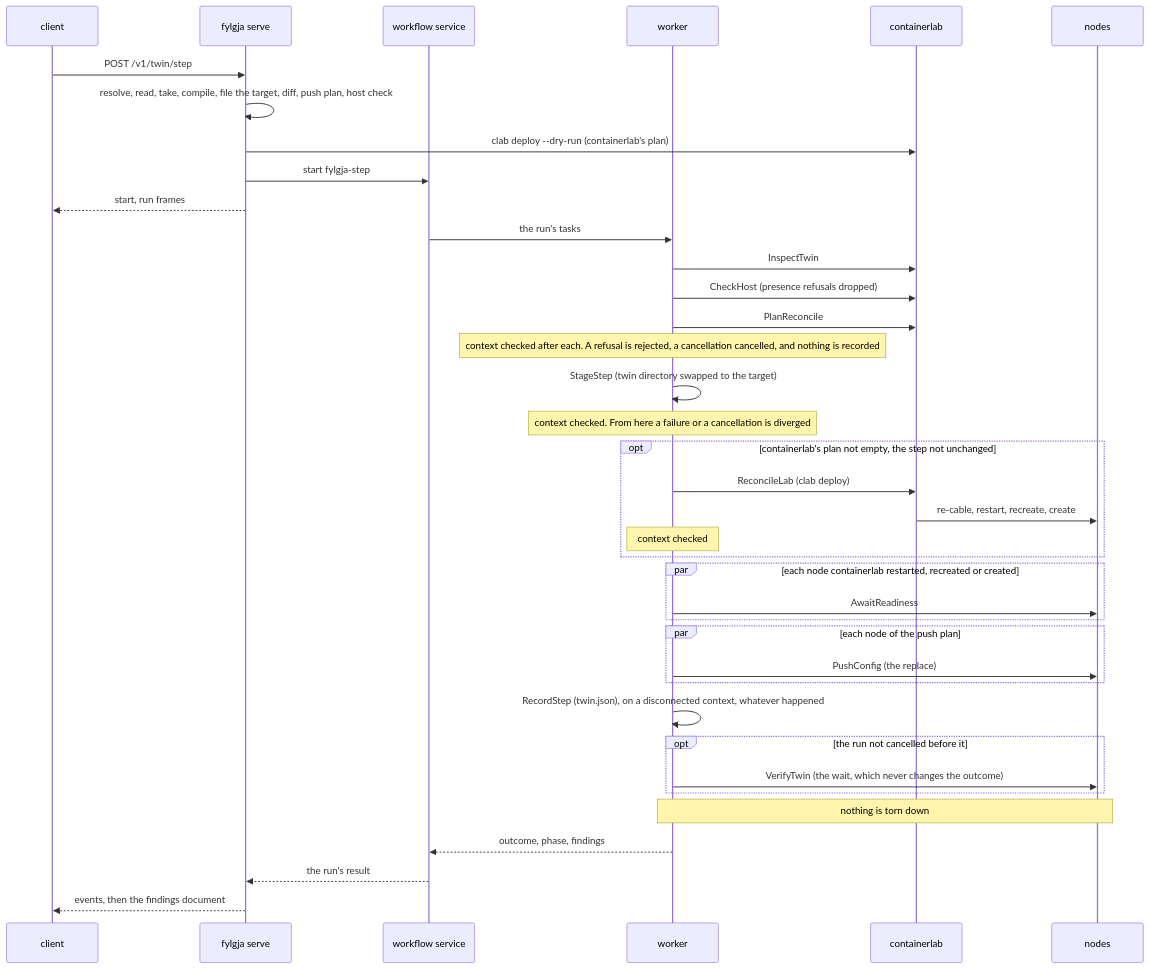
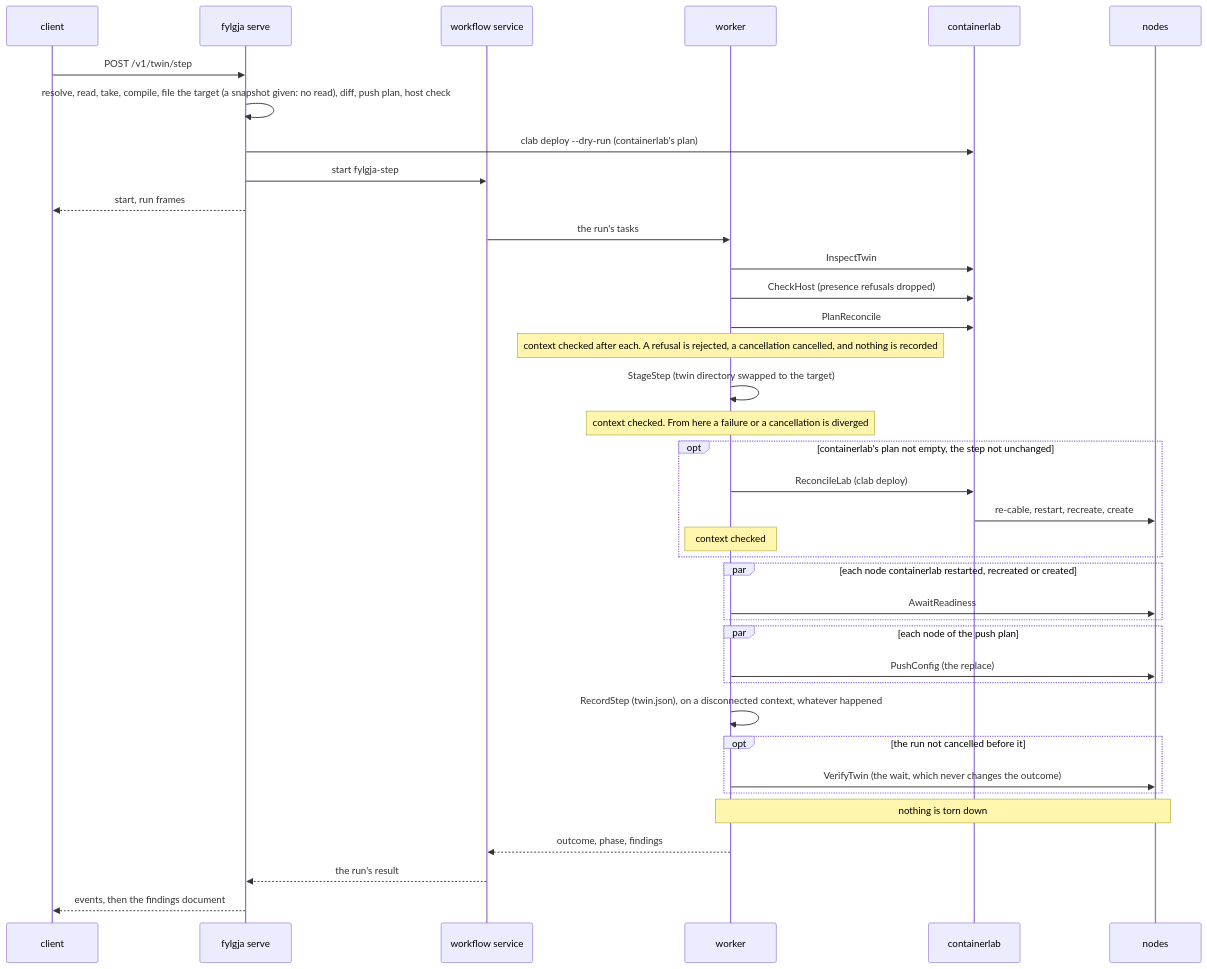
Before and after one commit to happypathnetworking/fylgja: the fourth of 5 diagrams in docs/architecture.md, drawn with Mermaid. The commit also changed other lines of this file and 8 other files, not shown here.

````diff
--- a/docs/architecture.md
+++ b/docs/architecture.md
@@ -894,40 +879,40 @@
 ```mermaid
 sequenceDiagram
     participant C as client
     participant S as fylgja serve
     participant T as workflow service
     participant W as worker
     participant L as containerlab
     participant N as nodes
     C->>S: POST /v1/twin/step
-    S->>S: resolve, read, take, compile, file the target, diff, push plan, host check
+    S->>S: resolve, read, take, compile, file the target (a snapshot given: no read), diff, push plan, host check
     S->>L: clab deploy --dry-run (containerlab's plan)
     S->>T: start fylgja-step
     S-->>C: start, run frames
     T->>W: the run's tasks
     W->>L: InspectTwin
     W->>L: CheckHost (presence refusals dropped)
     W->>L: PlanReconcile
     Note over W: context checked after each. A refusal is rejected, a cancellation cancelled, and nothing is recorded
     W->>W: StageStep (twin directory swapped to the target)
     Note over W: context checked. From here a failure or a cancellation is diverged
     opt containerlab's plan not empty, the step not unchanged
         W->>L: ReconcileLab (clab deploy)
         L->>N: re-cable, restart, recreate, create
         Note over W: context checked
     end
     par each node containerlab restarted, recreated or created
         W->>N: AwaitReadiness
     end
     par each node of the push plan
         W->>N: PushConfig (the replace)
     end
     W->>W: RecordStep (twin.json), on a disconnected context, whatever happened
     opt the run not cancelled before it
         W->>N: VerifyTwin (the wait, which never changes the outcome)
     end
     Note over W,N: nothing is torn down
     W-->>T: outcome, phase, findings
     T-->>S: the run's result
     S-->>C: events, then the findings document
 ```
````
